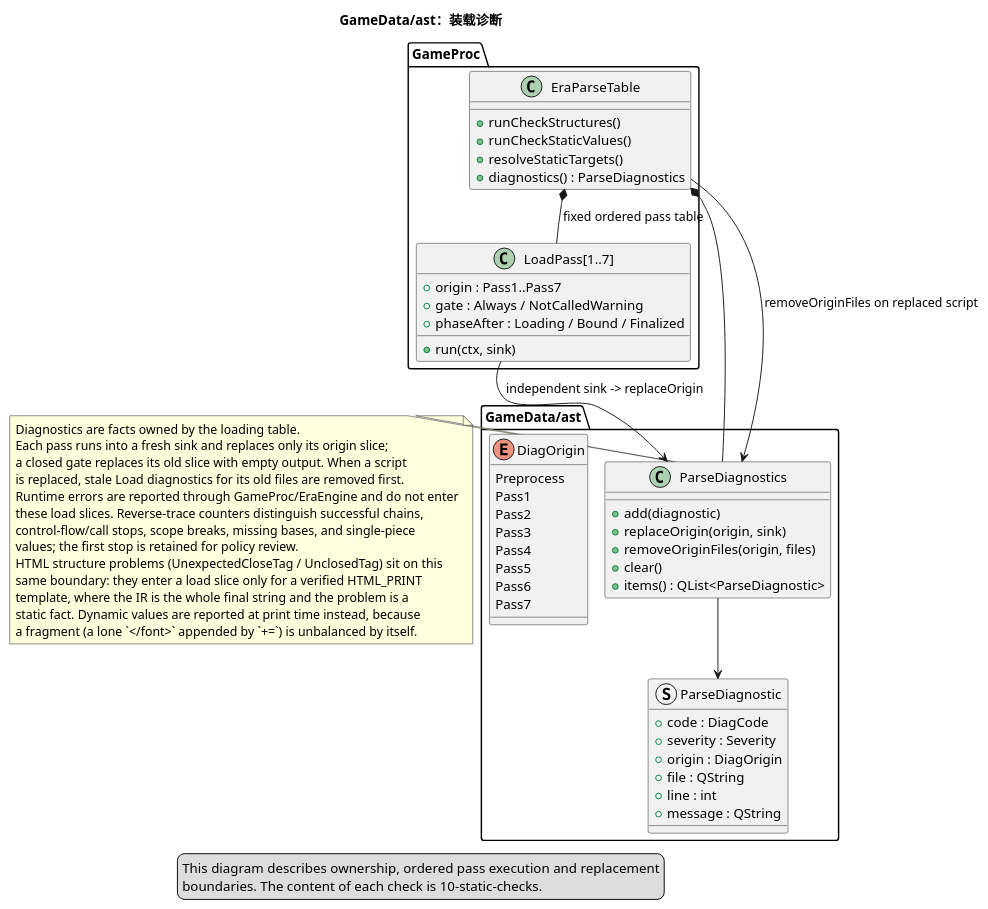
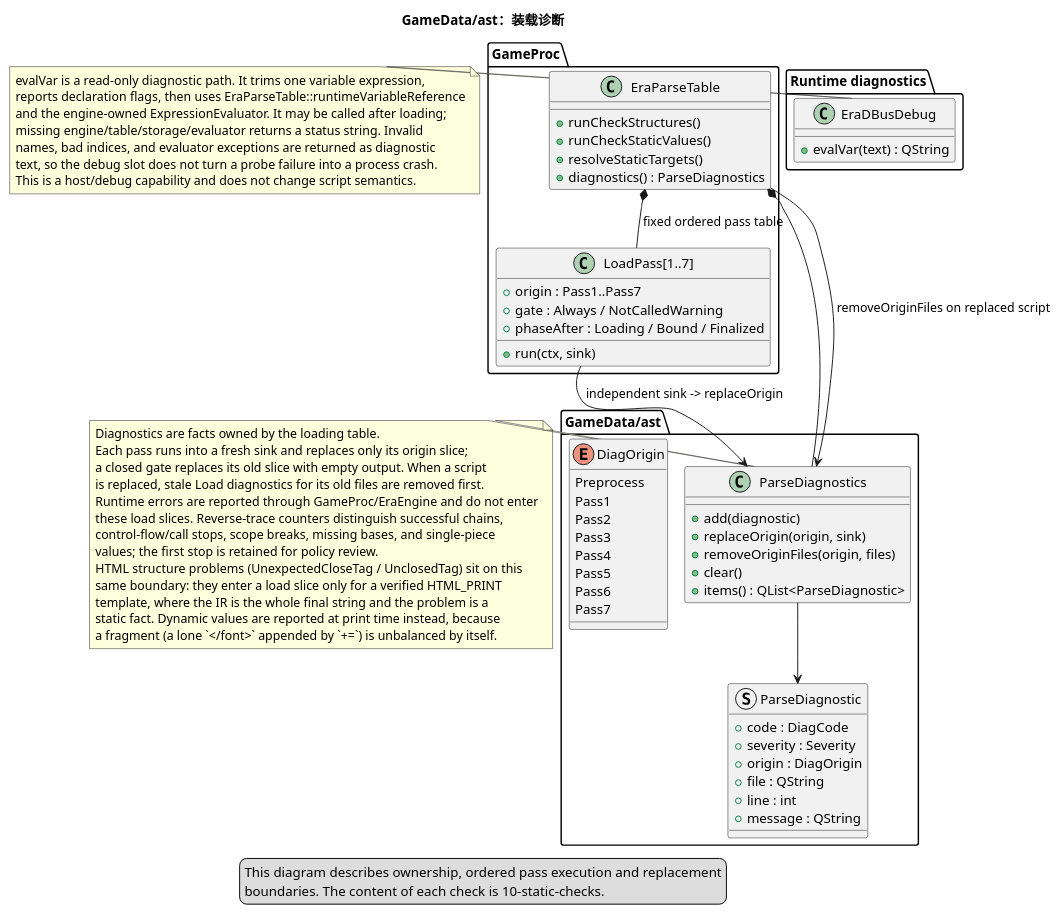
Before and after one commit to yigekuyou/qt-eraemu: the diagram in docs/uml/09-diagnostics.puml, drawn with PlantUML. The commit also changed 3 other files, not shown here.

```diff
--- a/docs/uml/09-diagnostics.puml
+++ b/docs/uml/09-diagnostics.puml
@@ -1,77 +1,93 @@
 @startuml 09-diagnostics
 !pragma layout smetana
 ' 装载诊断数据流与所有权；静态检查目录见 10-static-checks。
 ' 来源：GameData/ast/parse_diagnostic.h, GameProc/era_parse_table.cpp
 
 title GameData/ast：装载诊断
 
 package "GameData/ast" {
   class ParseDiagnostics {
     + add(diagnostic)
     + replaceOrigin(origin, sink)
     + removeOriginFiles(origin, files)
     + clear()
     + items() : QList<ParseDiagnostic>
   }
   struct ParseDiagnostic {
     + code : DiagCode
     + severity : Severity
     + origin : DiagOrigin
     + file : QString
     + line : int
     + message : QString
   }
   enum DiagOrigin {
     Preprocess
     Pass1
     Pass2
     Pass3
     Pass4
     Pass5
     Pass6
     Pass7
   }
 }
 
 package "GameProc" {
   class EraParseTable {
     + runCheckStructures()
     + runCheckStaticValues()
     + resolveStaticTargets()
     + diagnostics() : ParseDiagnostics
   }
   class "LoadPass[1..7]" as Pass {
     + origin : Pass1..Pass7
     + gate : Always / NotCalledWarning
     + phaseAfter : Loading / Bound / Finalized
     + run(ctx, sink)
   }
 }
 
 EraParseTable *-- ParseDiagnostics
 EraParseTable *-- Pass : fixed ordered pass table
 Pass --> ParseDiagnostics : independent sink -> replaceOrigin
 ParseDiagnostics --> ParseDiagnostic
 EraParseTable --> ParseDiagnostics : removeOriginFiles on replaced script
 
 note right of ParseDiagnostics
   Diagnostics are facts owned by the loading table.
   Each pass runs into a fresh sink and replaces only its origin slice;
   a closed gate replaces its old slice with empty output. When a script
   is replaced, stale Load diagnostics for its old files are removed first.
   Runtime errors are reported through GameProc/EraEngine and do not enter
   these load slices. Reverse-trace counters distinguish successful chains,
   control-flow/call stops, scope breaks, missing bases, and single-piece
   values; the first stop is retained for policy review.
   HTML structure problems (UnexpectedCloseTag / UnclosedTag) sit on this
   same boundary: they enter a load slice only for a verified HTML_PRINT
   template, where the IR is the whole final string and the problem is a
   static fact. Dynamic values are reported at print time instead, because
   a fragment (a lone `</font>` appended by `+=`) is unbalanced by itself.
 end note
 
+package "Runtime diagnostics" {
+  class EraDBusDebug {
+    + evalVar(text) : QString
+  }
+}
+
+note right of EraDBusDebug
+  evalVar is a read-only diagnostic path. It trims one variable expression,
+  reports declaration flags, then uses EraParseTable::runtimeVariableReference
+  and the engine-owned ExpressionEvaluator. It may be called after loading;
+  missing engine/table/storage/evaluator returns a status string. Invalid
+  names, bad indices, and evaluator exceptions are returned as diagnostic
+  text, so the debug slot does not turn a probe failure into a process crash.
+  This is a host/debug capability and does not change script semantics.
+end note
+
 legend bottom
   This diagram describes ownership, ordered pass execution and replacement
   boundaries. The content of each check is 10-static-checks.
 endlegend
 @enduml
```
